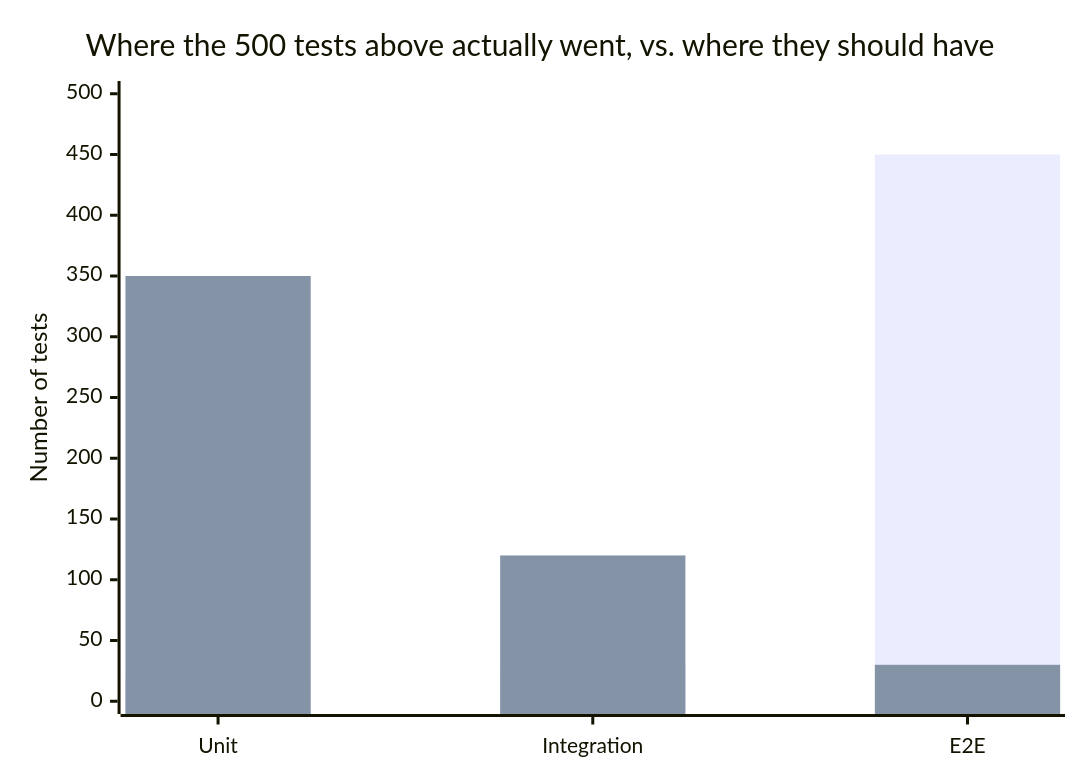
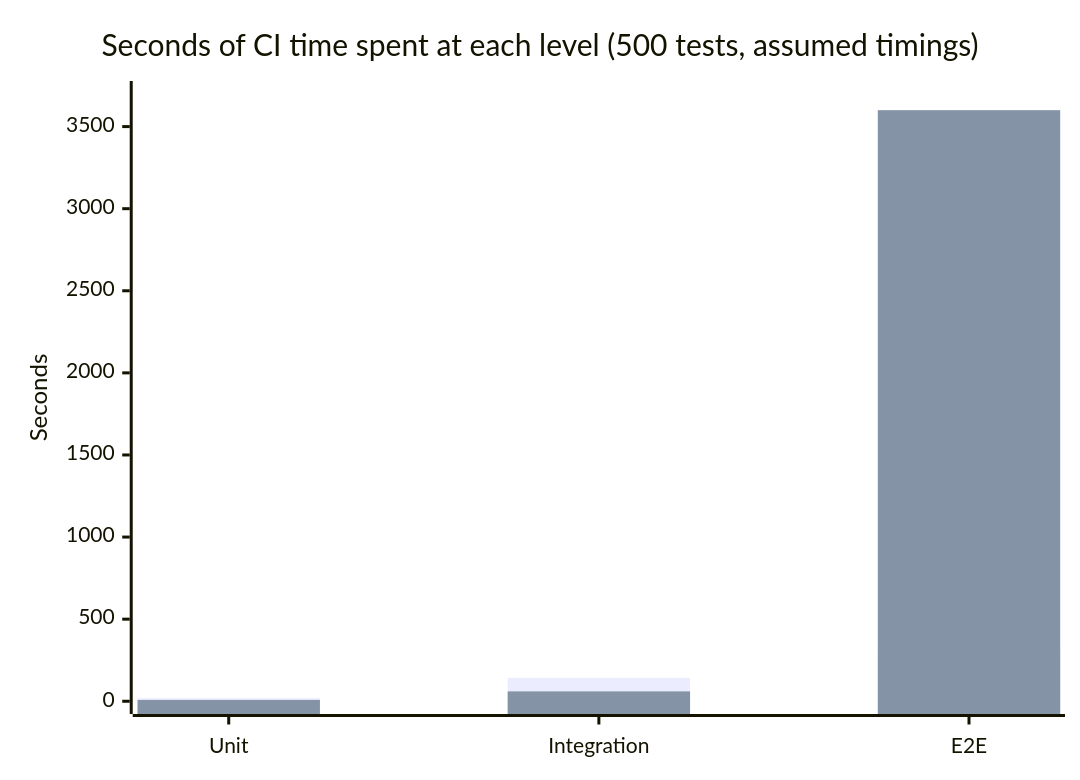
The second of 2 diagrams in src/content/testing-quality/test-pyramid/L1-summary.mdx (francoandreDev/knowledge), drawn with Mermaid before and after one commit. The commit also changed other lines of this file and 19 other files, not shown here.

````diff
--- a/src/content/testing-quality/test-pyramid/L1-summary.mdx
+++ b/src/content/testing-quality/test-pyramid/L1-summary.mdx
@@ -57,8 +88,8 @@
 ```mermaid
 xychart-beta
-    title "Where the 500 tests above actually went, vs. where they should have"
+    title "Seconds of CI time spent at each level (500 tests, assumed timings)"
     x-axis ["Unit", "Integration", "E2E"]
-    y-axis "Number of tests" 0 --> 500
-    bar [20, 30, 450]
-    bar [350, 120, 30]
+    y-axis "Seconds" 0 --> 3700
+    bar [19, 142.5, 300]
+    bar [8, 60, 3600]
 ```
````
